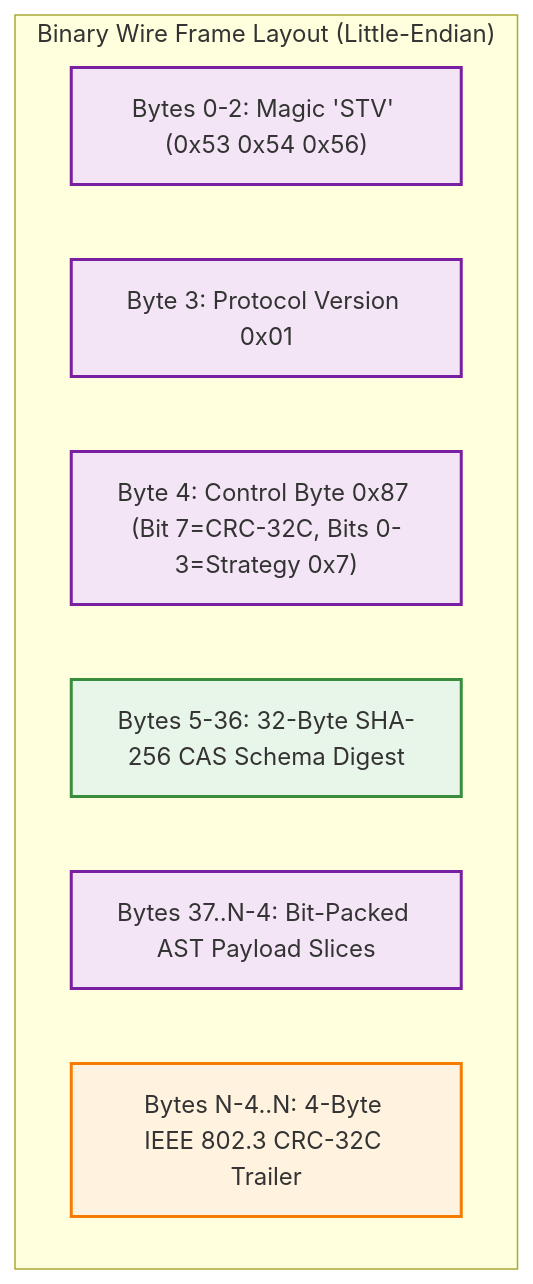
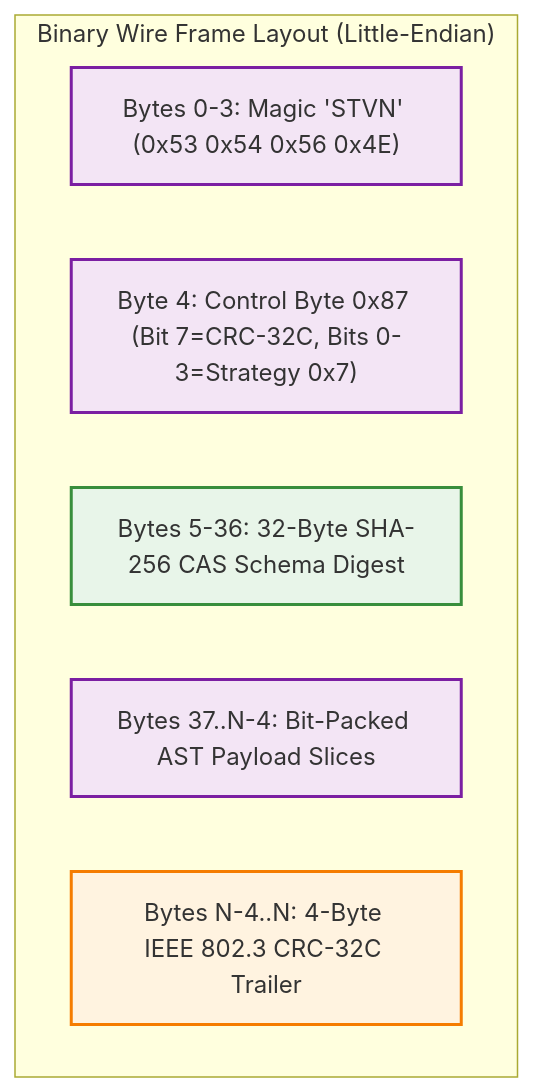
The third of 3 diagrams in docs/architecture/STVN_CHESS_SHOWCASE_SPEC.md (chaotic3quilibrium/stvnadore-app-showcase-chess), drawn with Mermaid before and after one commit. The commit also changed other lines of this file and 6 other files, not shown here.

````diff
--- a/docs/architecture/STVN_CHESS_SHOWCASE_SPEC.md
+++ b/docs/architecture/STVN_CHESS_SHOWCASE_SPEC.md
@@ -165,15 +165,14 @@
 ```mermaid
 flowchart TD
     classDef wire fill:#F3E5F5,stroke:#7B1FA2,stroke-width:2px;
     classDef crc fill:#FFF3E0,stroke:#F57C00,stroke-width:2px;
     classDef digest fill:#E8F5E9,stroke:#388E3C,stroke-width:2px;
 
     subgraph "Binary Wire Frame Layout (Little-Endian)"
-        H1["Bytes 0-2: Magic 'STV' (0x53 0x54 0x56)"]:::wire
-        H2["Byte 3: Protocol Version 0x01"]:::wire
-        H3["Byte 4: Control Byte 0x87 (Bit 7=CRC-32C, Bits 0-3=Strategy 0x7)"]:::wire
-        H4["Bytes 5-36: 32-Byte SHA-256 CAS Schema Digest"]:::digest
-        H5["Bytes 37..N-4: Bit-Packed AST Payload Slices"]:::wire
-        H6["Bytes N-4..N: 4-Byte IEEE 802.3 CRC-32C Trailer"]:::crc
+        H1["Bytes 0-3: Magic 'STVN' (0x53 0x54 0x56 0x4E)"]:::wire
+        H2["Byte 4: Control Byte 0x87 (Bit 7=CRC-32C, Bits 0-3=Strategy 0x7)"]:::wire
+        H3["Bytes 5-36: 32-Byte SHA-256 CAS Schema Digest"]:::digest
+        H4["Bytes 37..N-4: Bit-Packed AST Payload Slices"]:::wire
+        H5["Bytes N-4..N: 4-Byte IEEE 802.3 CRC-32C Trailer"]:::crc
     end
 ```
````
